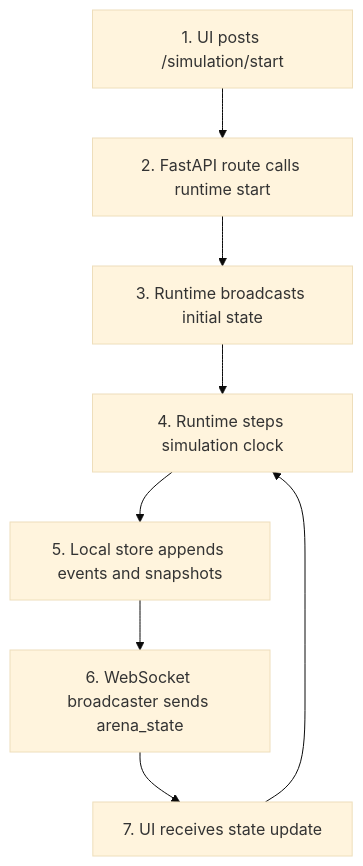
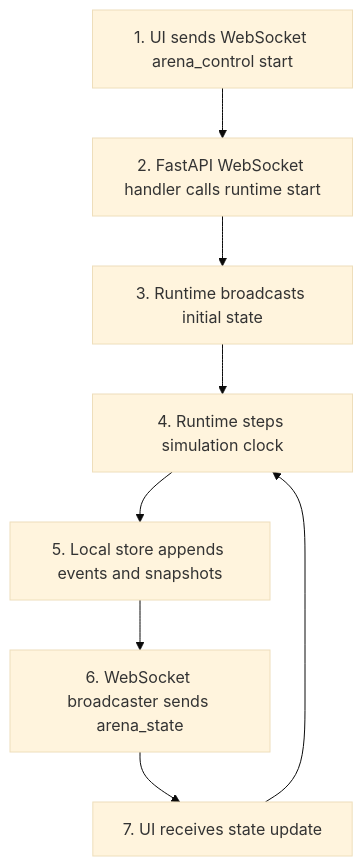
Before and after one commit to khab40/aimada: the sixth of 8 diagrams in docs/architecture/ARD-0001-overall-architecture.md, drawn with Mermaid (base theme). The commit also changed other lines of this file and 32 other files, not shown here.

````diff
--- a/docs/architecture/ARD-0001-overall-architecture.md
+++ b/docs/architecture/ARD-0001-overall-architecture.md
@@ -151,18 +153,18 @@
 ```mermaid
 graph TD
-    UIStart["1. UI posts /simulation/start"]
-    APIStart["2. FastAPI route calls runtime start"]
+    UIStart["1. UI sends WebSocket arena_control start"]
+    APIStart["2. FastAPI WebSocket handler calls runtime start"]
     InitialBroadcast["3. Runtime broadcasts initial state"]
     Tick["4. Runtime steps simulation clock"]
     Store["5. Local store appends events and snapshots"]
     Broadcast["6. WebSocket broadcaster sends arena_state"]
     UIUpdate["7. UI receives state update"]
 
     UIStart --> APIStart
     APIStart --> InitialBroadcast
     InitialBroadcast --> Tick
     Tick --> Store
     Store --> Broadcast
     Broadcast --> UIUpdate
     UIUpdate --> Tick
 ```
````
